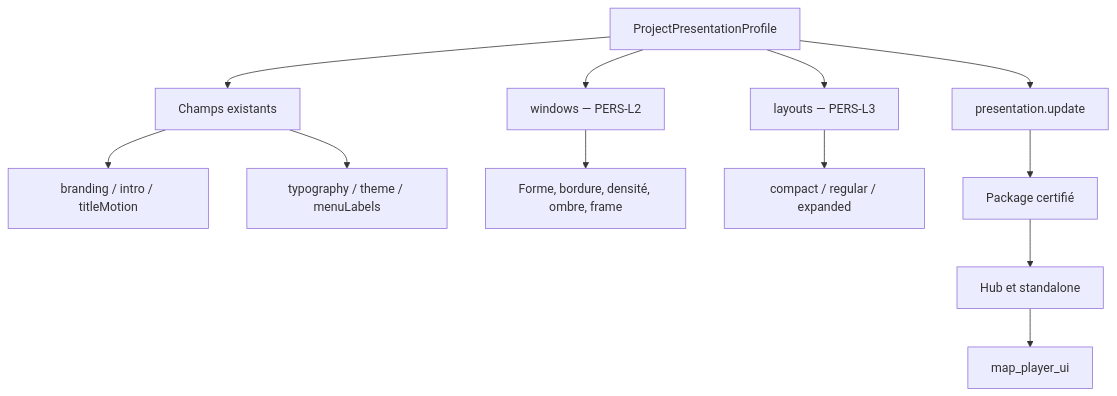
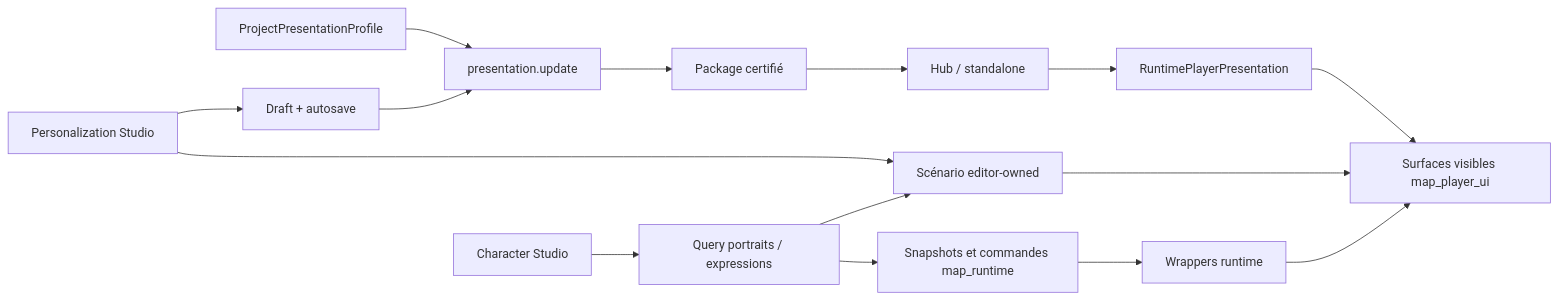
Before and after one commit to yoahnl/pokemap: the diagram in documentation/reports/roadmap/personalization/personalization_studios_roadmap.md, drawn with Mermaid. The commit also changed other lines of this file and 14 other files, not shown here.

Commit message:
docs(personalization): define studio v2 roadmap

````diff
--- a/documentation/reports/roadmap/personalization/personalization_studios_roadmap.md
+++ b/documentation/reports/roadmap/personalization/personalization_studios_roadmap.md
@@ -47,14 +128,20 @@
-```mermaid
-flowchart TD
-  P["ProjectPresentationProfile"] --> E["Champs existants"]
-  P --> W["windows — PERS-L2"]
-  P --> L["layouts — PERS-L3"]
-  E --> B["branding / intro / titleMotion"]
-  E --> T["typography / theme / menuLabels"]
-  W --> WR["Forme, bordure, densité, ombre, frame"]
-  L --> LR["compact / regular / expanded"]
-  P --> A["presentation.update"]
-  A --> D["Package certifié"]
-  D --> H["Hub et standalone"]
-  H --> UI["map_player_ui"]
-```
+~~~mermaid
+flowchart LR
+  Profile["ProjectPresentationProfile"] --> Authoring["presentation.update"]
+  Authoring --> Package["Package certifié"]
+  Package --> Hub["Hub / standalone"]
+  Hub --> RuntimePresentation["RuntimePlayerPresentation"]
+  RuntimePresentation --> Shared["Surfaces visibles map_player_ui"]
+
+  Studio["Personalization Studio"] --> Draft["Draft + autosave"]
+  Draft --> Authoring
+  Studio --> Scenario["Scénario editor-owned"]
+  Scenario --> Shared
+
+  Runtime["Snapshots et commandes map_runtime"] --> Adapters["Wrappers runtime"]
+  Adapters --> Shared
+
+  Character["Character Studio"] --> CharacterQuery["Query portraits / expressions"]
+  CharacterQuery --> Scenario
+  CharacterQuery --> Runtime
+~~~
````
